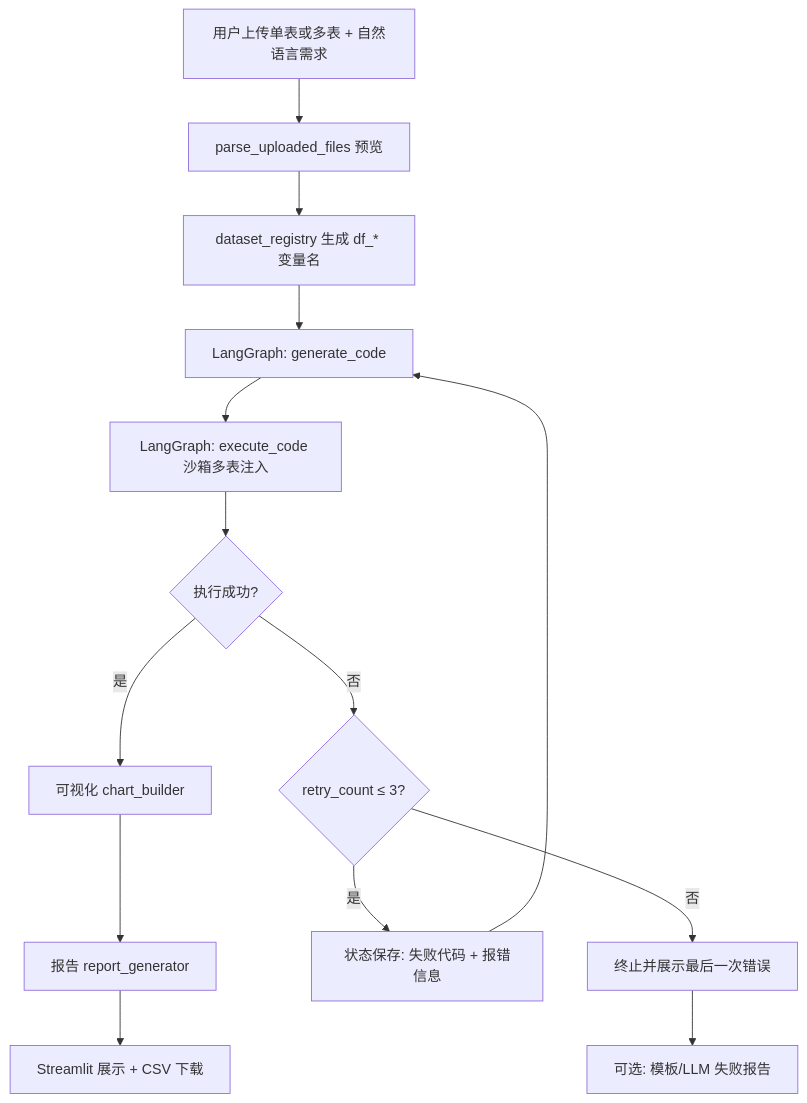
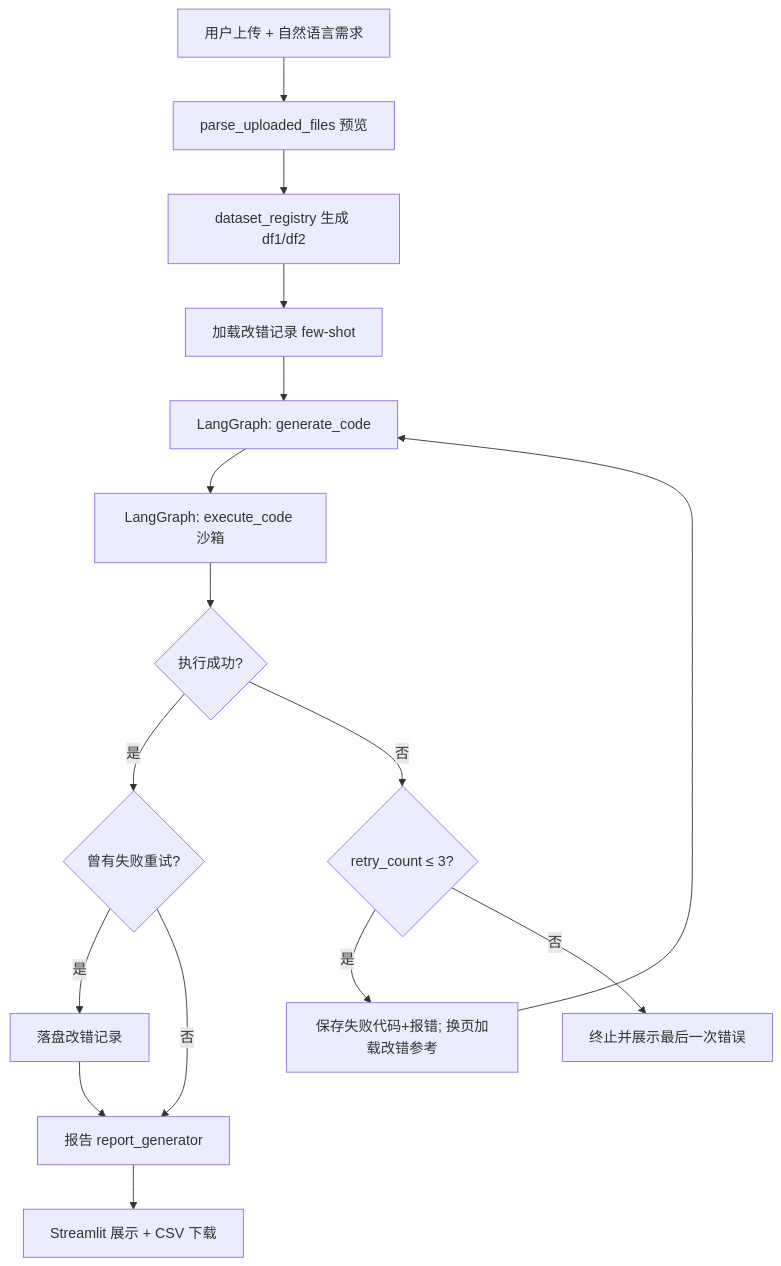
One commit to pluto328/data_analyst_agent changed the diagram in readme.md. Above: the diagram before and after it, drawn with Mermaid. The commit also changed other lines of this file and 9 other files, not shown here.

First line of the commit message:
feat: 独立绘图、改错记录自我迭代与沙箱/提示词增强

````diff
--- a/readme.md
+++ b/readme.md
@@ -130,16 +139,18 @@
 ```mermaid
 flowchart TD
-    A[用户上传单表或多表 + 自然语言需求] --> B[parse_uploaded_files 预览]
-    B --> C[dataset_registry 生成 df_* 变量名]
-    C --> D[LangGraph: generate_code]
-    D --> E[LangGraph: execute_code 沙箱多表注入]
-    E --> F{执行成功?}
-    F -->|是| G[可视化 chart_builder]
-    G --> H[报告 report_generator]
-    H --> I[Streamlit 展示 + CSV 下载]
-    F -->|否| J{retry_count ≤ 3?}
-    J -->|是| K[状态保存: 失败代码 + 报错信息]
-    K --> D
-    J -->|否| L[终止并展示最后一次错误]
-    L --> M[可选: 模板/LLM 失败报告]
+    A[用户上传 + 自然语言需求] --> B[parse_uploaded_files 预览]
+    B --> C[dataset_registry 生成 df1/df2]
+    C --> D[加载改错记录 few-shot]
+    D --> E[LangGraph: generate_code]
+    E --> F[LangGraph: execute_code 沙箱]
+    F --> G{执行成功?}
+    G -->|是| H{曾有失败重试?}
+    H -->|是| I[落盘改错记录]
+    H -->|否| J[报告 report_generator]
+    I --> J
+    J --> K[Streamlit 展示 + CSV 下载]
+    G -->|否| L{retry_count ≤ 3?}
+    L -->|是| M[保存失败代码+报错; 换页加载改错参考]
+    M --> E
+    L -->|否| N[终止并展示最后一次错误]
 ```
````
